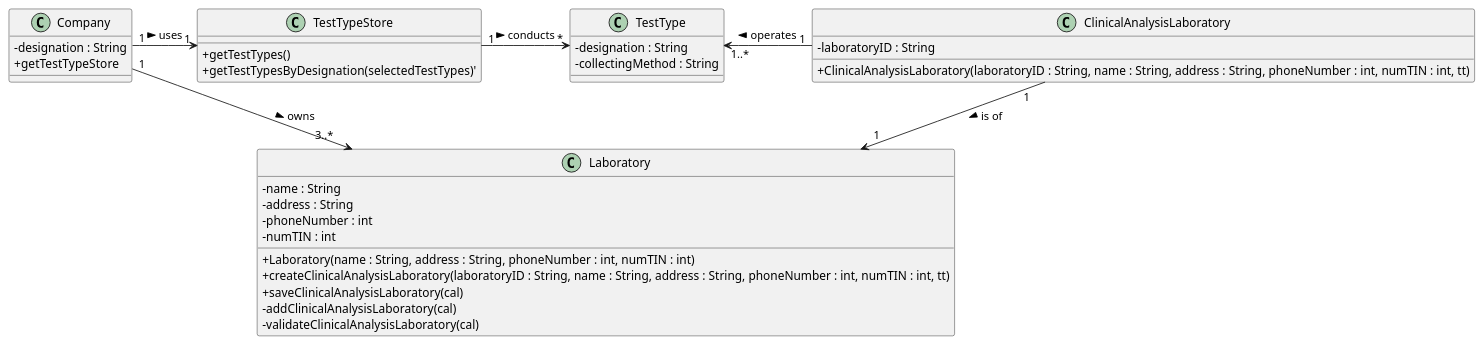
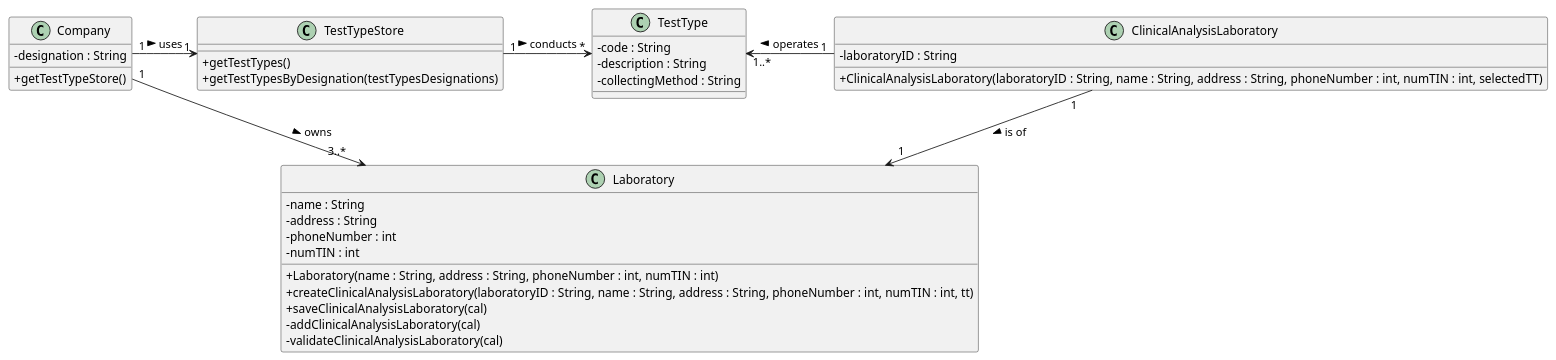
The diagram in docs/SprintB/US_8/US8_CD.puml (ana-albergaria/LAPR2-ISEP), drawn with PlantUML before and after one commit. The commit also changed 4 other files, not shown here.

```diff
--- a/docs/SprintB/US_8/US8_CD.puml
+++ b/docs/SprintB/US_8/US8_CD.puml
@@ -1,82 +1,83 @@
 @startuml
 skinparam classAttributeIconSize 0
 /'
 class App {
 +{static} getInstance() : App
 +getCurrentSession() : UserSession
 }
 '/
 /'
 class UserSession {
 +isLoggedInWithRole() : boolean
 }
 '/
 
 class Laboratory {
 -name : String
 -address : String
 -phoneNumber : int
 -numTIN : int
 +Laboratory(name : String, address : String, phoneNumber : int, numTIN : int)
 +createClinicalAnalysisLaboratory(laboratoryID : String, name : String, address : String, phoneNumber : int, numTIN : int, tt)
 +saveClinicalAnalysisLaboratory(cal)
 -addClinicalAnalysisLaboratory(cal)
 -validateClinicalAnalysisLaboratory(cal)
 }
 
 class ClinicalAnalysisLaboratory {
 -laboratoryID : String
-+ClinicalAnalysisLaboratory(laboratoryID : String, name : String, address : String, phoneNumber : int, numTIN : int, tt)
++ClinicalAnalysisLaboratory(laboratoryID : String, name : String, address : String, phoneNumber : int, numTIN : int, selectedTT)
 }
 
 class TestType {
--designation : String
--collectingMethod : String
+- code : String
+- description : String
+- collectingMethod : String
 }
 
 class Company {
 -designation : String
-+getTestTypeStore
++getTestTypeStore()
 /'+getTestTypes()
 +getTestTypesByDesignation(selectedTestTypes)'/
 }
 class TestTypeStore {
 +getTestTypes()
-+getTestTypesByDesignation(selectedTestTypes)'
++getTestTypesByDesignation(testTypesDesignations)
 }
 
 /'class RegisterNewCalController {
 +getTestTypes()
 +createClinicalAnalysisLaboratory(laboratoryID : String, name : String, address : String, phoneNumber : int, numTIN : int, testTypesDesignations)
 +saveClinicalAnalysisLaboratory()
 }'/
 
 /'class RegisterNewCalUI {}'/
 
 /'RegisterNewCalUI ..> RegisterNewCalController'/
 /'RegisterNewCalController ..> Laboratory
 RegisterNewCalController ..> TestType
 RegisterNewCalController ..> ClinicalAnalysisLaboratory
 RegisterNewCalController ..> Company'/
 /'RegisterNewCalController ..> App
 RegisterNewCalController ..> UserSession'/
 
 
 
 Company "1" -> "1" TestTypeStore : uses >
 TestTypeStore "1" -> "*" TestType : conducts >
 /'VERIFICAR MULTIPLICIDADE LINHA ABAIXO'/
 ClinicalAnalysisLaboratory "1" --> "1" Laboratory : is of >
 Company "1" --> "3..*" Laboratory : owns >
 ClinicalAnalysisLaboratory "1" -> "1..*" TestType : operates >
 
 
 TestType -[hidden]down-> ClinicalAnalysisLaboratory
 
 /'Laboratory <|-- ClinicalAnalysisLaboratory'/
 
 
 
 
 
 @enduml
```
